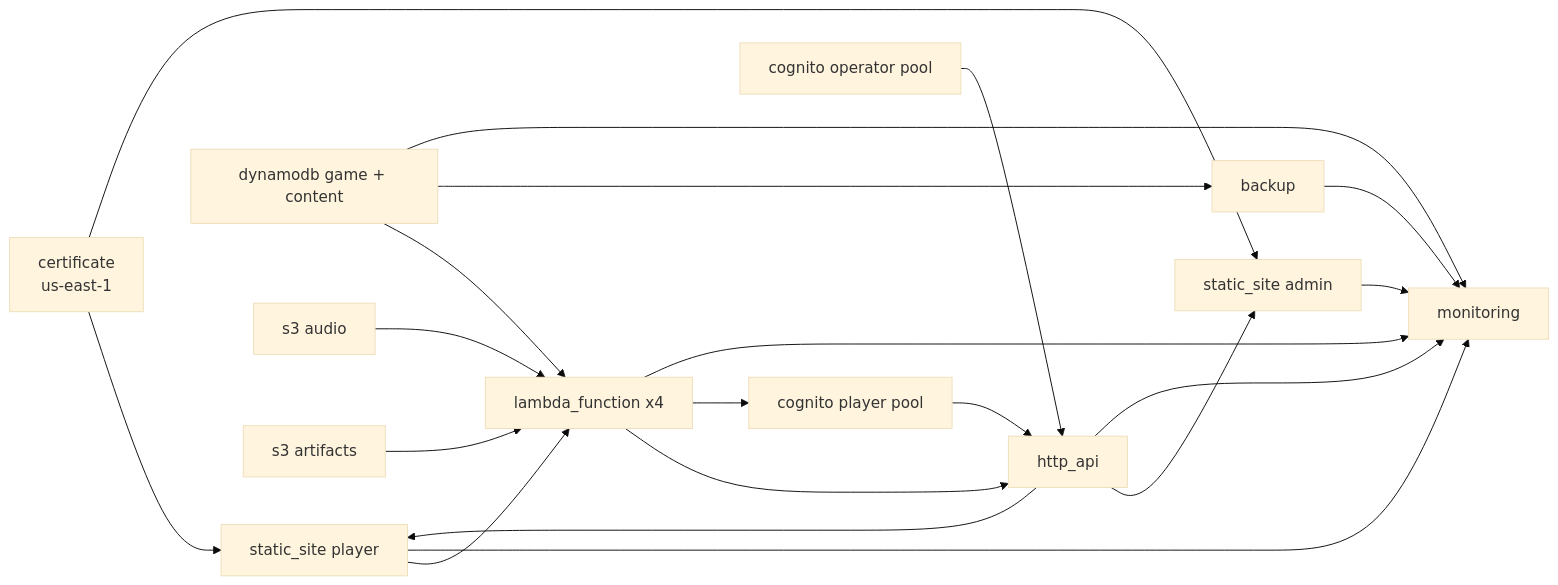
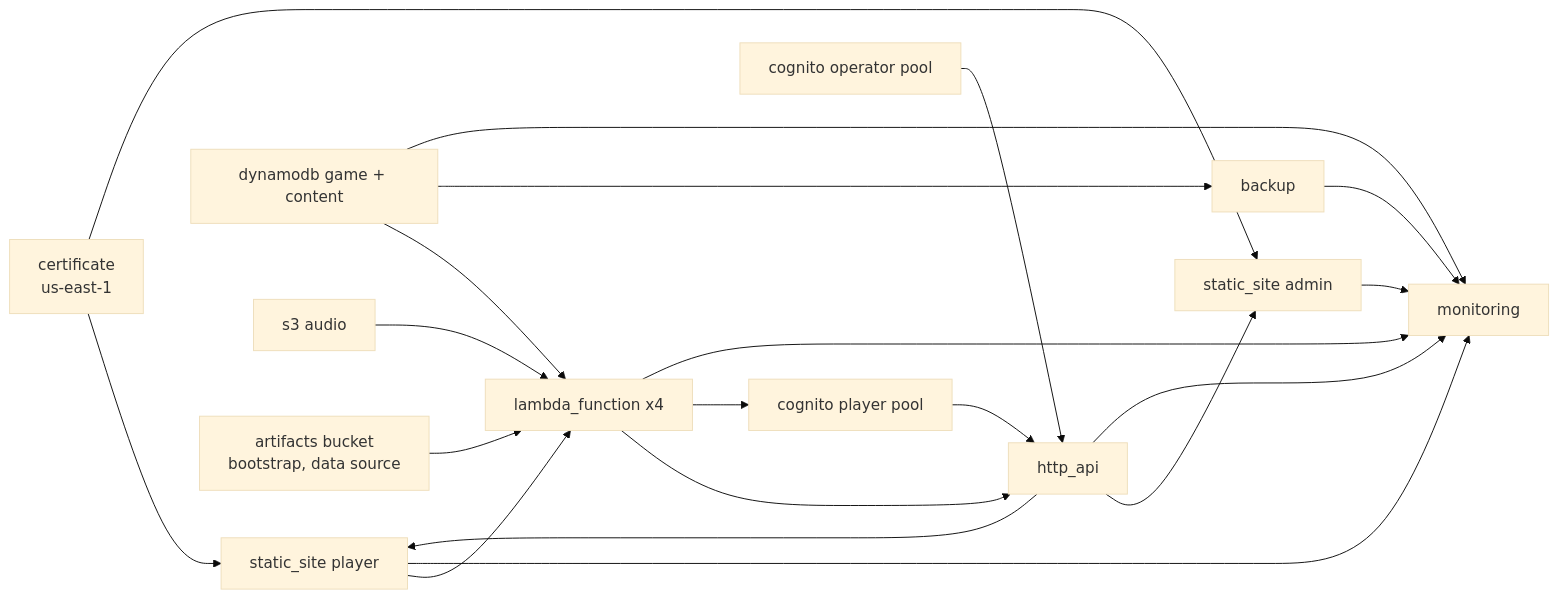
Before and after one commit to jacklavelle286/space-tower-defence: the first of 3 diagrams in docs/plan/H-infrastructure-and-delivery.md, drawn with Mermaid (base theme). The commit also changed other lines of this file and 19 other files, not shown here.

````diff
--- a/docs/plan/H-infrastructure-and-delivery.md
+++ b/docs/plan/H-infrastructure-and-delivery.md
@@ -157,22 +182,22 @@
 ```mermaid
 flowchart LR
   CERT[certificate<br/>us-east-1] --> PS[static_site player]
   CERT --> AS[static_site admin]
   API[http_api] --> PS
   API --> AS
   L1[lambda_function x4] --> API
   L1 --> CP[cognito player pool]
   CP --> API
   CO[cognito operator pool] --> API
   DDB[dynamodb game + content] --> L1
   S3A[s3 audio] --> L1
-  S3R[s3 artifacts] --> L1
+  S3R[artifacts bucket<br/>bootstrap, data source] --> L1
   PS --> L1
   DDB --> BK[backup]
   L1 --> MON[monitoring]
   API --> MON
   PS --> MON
   AS --> MON
   DDB --> MON
   BK --> MON
 ```
````
